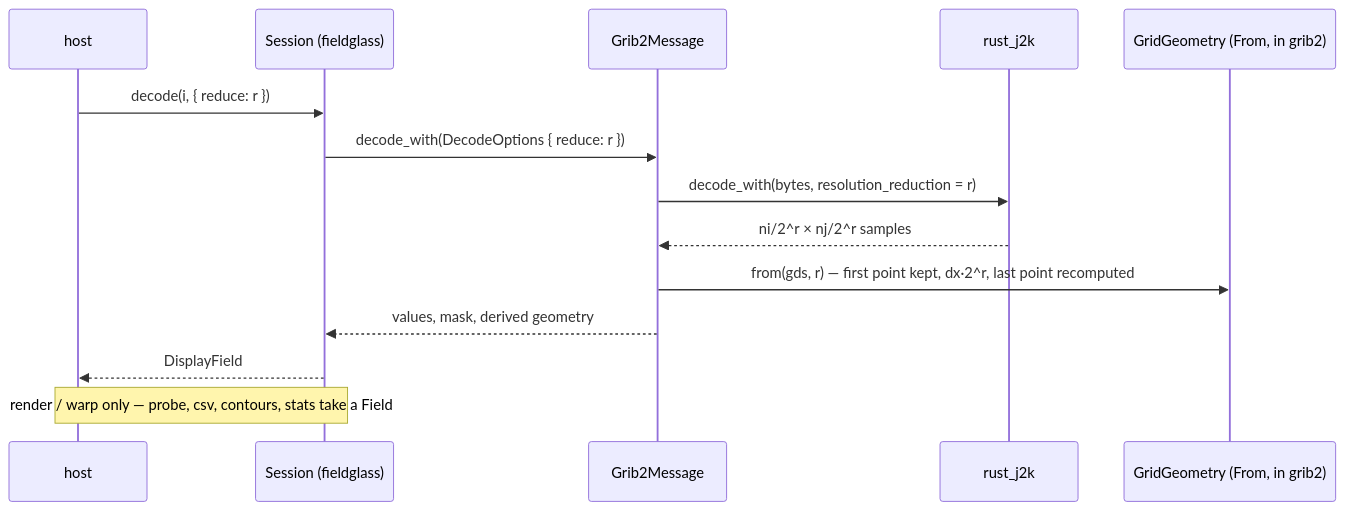
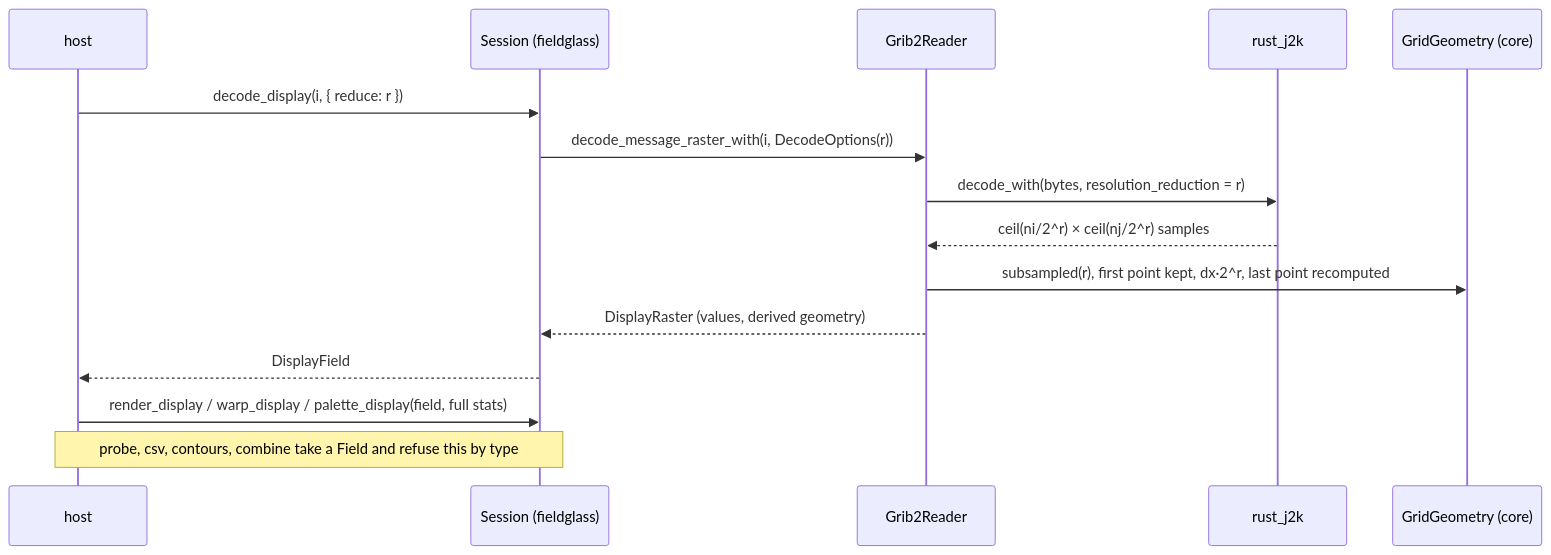
Before and after one commit to D0ubleD0uble/fieldglass: the fifth of 6 diagrams in docs/architecture/planned/02-trait-seams.md, drawn with Mermaid. The commit also changed other lines of this file and 3 other files, not shown here.

First line of the commit message:
docs: record the host half of the reduced-resolution decode as built

````diff
--- a/docs/architecture/planned/02-trait-seams.md
+++ b/docs/architecture/planned/02-trait-seams.md
@@ -363,16 +389,17 @@
 ```mermaid
 sequenceDiagram
     participant H as host
     participant S as Session (fieldglass)
-    participant M as Grib2Message
+    participant R as Grib2Reader
     participant J as rust_j2k
-    participant G as GridGeometry (From, in grib2)
-    H->>S: decode(i, { reduce: r })
-    S->>M: decode_with(DecodeOptions { reduce: r })
-    M->>J: decode_with(bytes, resolution_reduction = r)
-    J-->>M: ni/2^r × nj/2^r samples
-    M->>G: from(gds, r) — first point kept, dx·2^r, last point recomputed
-    M-->>S: values, mask, derived geometry
+    participant G as GridGeometry (core)
+    H->>S: decode_display(i, { reduce: r })
+    S->>R: decode_message_raster_with(i, DecodeOptions(r))
+    R->>J: decode_with(bytes, resolution_reduction = r)
+    J-->>R: ceil(ni/2^r) × ceil(nj/2^r) samples
+    R->>G: subsampled(r), first point kept, dx·2^r, last point recomputed
+    R-->>S: DisplayRaster (values, derived geometry)
     S-->>H: DisplayField
-    Note over H,S: render / warp only — probe, csv, contours, stats take a Field
+    H->>S: render_display / warp_display / palette_display(field, full stats)
+    Note over H,S: probe, csv, contours, combine take a Field and refuse this by type
 ```
````
